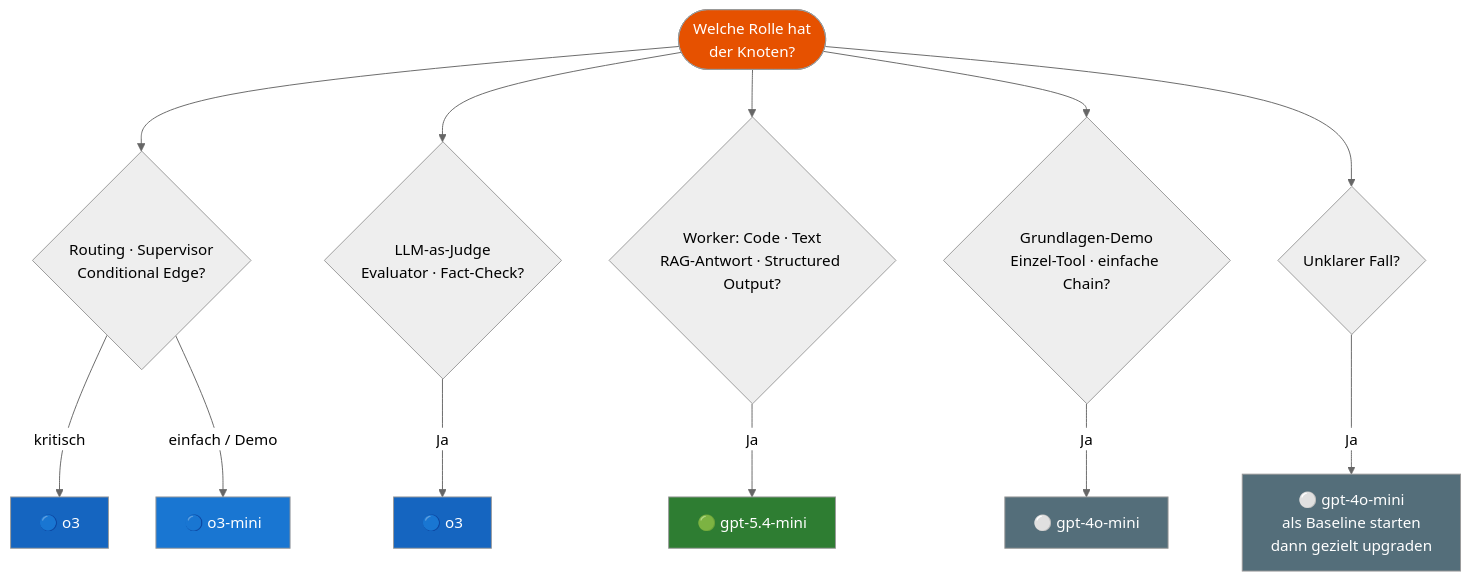
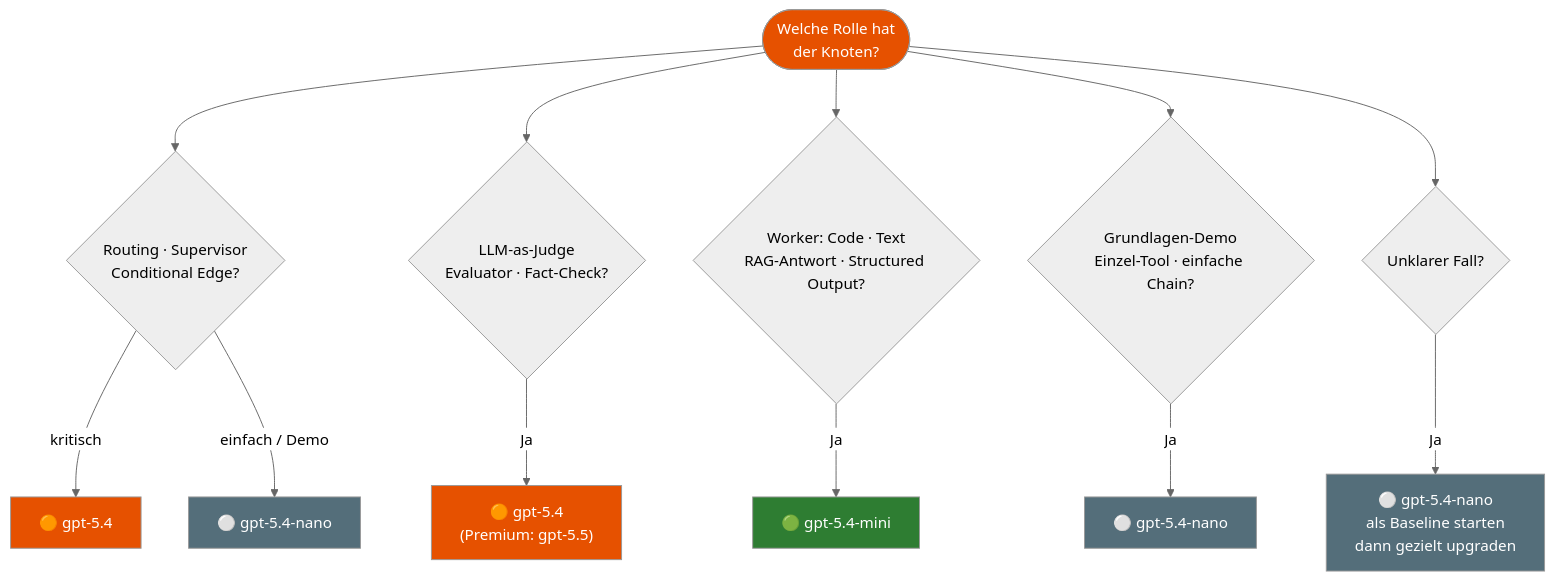
One commit to ralf-42/Agenten changed the diagram in docs/frameworks/modell-auswahl/modell-auswahl-guide.md. Above: the diagram before and after it, drawn with Mermaid (neutral theme). The commit also changed other lines of this file and 7 other files, not shown here.

````diff
--- a/docs/frameworks/modell-auswahl/modell-auswahl-guide.md
+++ b/docs/frameworks/modell-auswahl/modell-auswahl-guide.md
@@ -165,25 +170,25 @@
 ```mermaid
 flowchart TD
     START(["Welche Rolle hat\nder Knoten?"])
 
     START --> R{"Routing · Supervisor\nConditional Edge?"}
     START --> J{"LLM-as-Judge\nEvaluator · Fact-Check?"}
     START --> W{"Worker: Code · Text\nRAG-Antwort · Structured Output?"}
     START --> G{"Grundlagen-Demo\nEinzel-Tool · einfache Chain?"}
     START --> U{"Unklarer Fall?"}
 
-    R -->|kritisch| O3A["🔵 o3"]
-    R -->|einfach / Demo| O3M["🔵 o3-mini"]
-    J -->|Ja| O3B["🔵 o3"]
+    R -->|kritisch| SUP["🟠 gpt-5.4"]
+    R -->|einfach / Demo| O3M["⚪ gpt-5.4-nano"]
+    J -->|Ja| JDG["🟠 gpt-5.4\n(Premium: gpt-5.5)"]
     W -->|Ja| GP["🟢 gpt-5.4-mini"]
-    G -->|Ja| MINI["⚪ gpt-4o-mini"]
-    U -->|Ja| BASE["⚪ gpt-4o-mini\nals Baseline starten\ndann gezielt upgraden"]
+    G -->|Ja| MINI["⚪ gpt-5.4-nano"]
+    U -->|Ja| BASE["⚪ gpt-5.4-nano\nals Baseline starten\ndann gezielt upgraden"]
 
-    style O3A  fill:#1565C0,color:#fff
-    style O3M  fill:#1976D2,color:#fff
-    style O3B  fill:#1565C0,color:#fff
+    style SUP  fill:#E65100,color:#fff
+    style O3M  fill:#546E7A,color:#fff
+    style JDG  fill:#E65100,color:#fff
     style GP   fill:#2E7D32,color:#fff
     style MINI fill:#546E7A,color:#fff
     style BASE fill:#546E7A,color:#fff
     style START fill:#E65100,color:#fff
 ```
````
